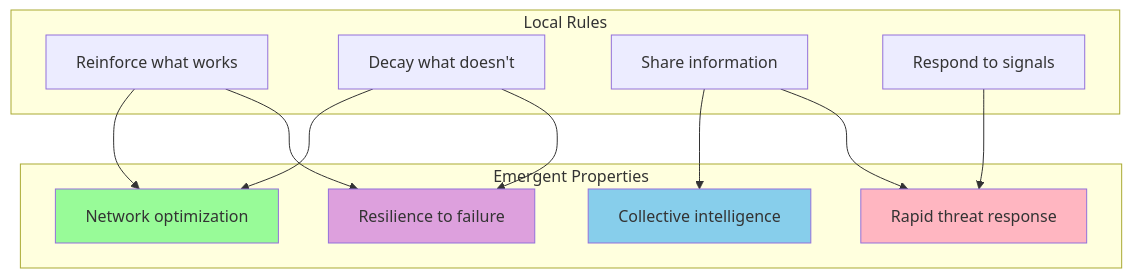
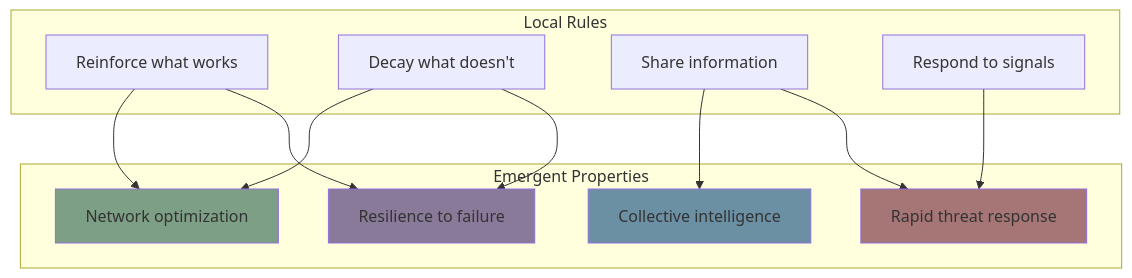
The seventh of 7 diagrams in docs/concepts/biological-foundations.md (ScopeCreep-zip/Symbiont), drawn with Mermaid before and after one commit. The commit also changed other lines of this file and 17 other files, not shown here.

Commit message:
update to diagram colors

````diff
--- a/docs/concepts/biological-foundations.md
+++ b/docs/concepts/biological-foundations.md
@@ -333,29 +333,29 @@
 ```mermaid
 graph TB
     subgraph "Local Rules"
         L1[Reinforce what works]
         L2[Decay what doesn't]
         L3[Share information]
         L4[Respond to signals]
     end
 
     subgraph "Emergent Properties"
         E1[Network optimization]
         E2[Collective intelligence]
         E3[Rapid threat response]
         E4[Resilience to failure]
     end
 
     L1 --> E1
     L2 --> E1
     L3 --> E2
     L3 --> E3
     L4 --> E3
     L1 --> E4
     L2 --> E4
 
-    style E1 fill:#98FB98
-    style E2 fill:#87CEEB
-    style E3 fill:#FFB6C1
-    style E4 fill:#DDA0DD
+    style E1 fill:#7d9f85
+    style E2 fill:#6b8fa3
+    style E3 fill:#a67676
+    style E4 fill:#8a7a9a
 ```
````
